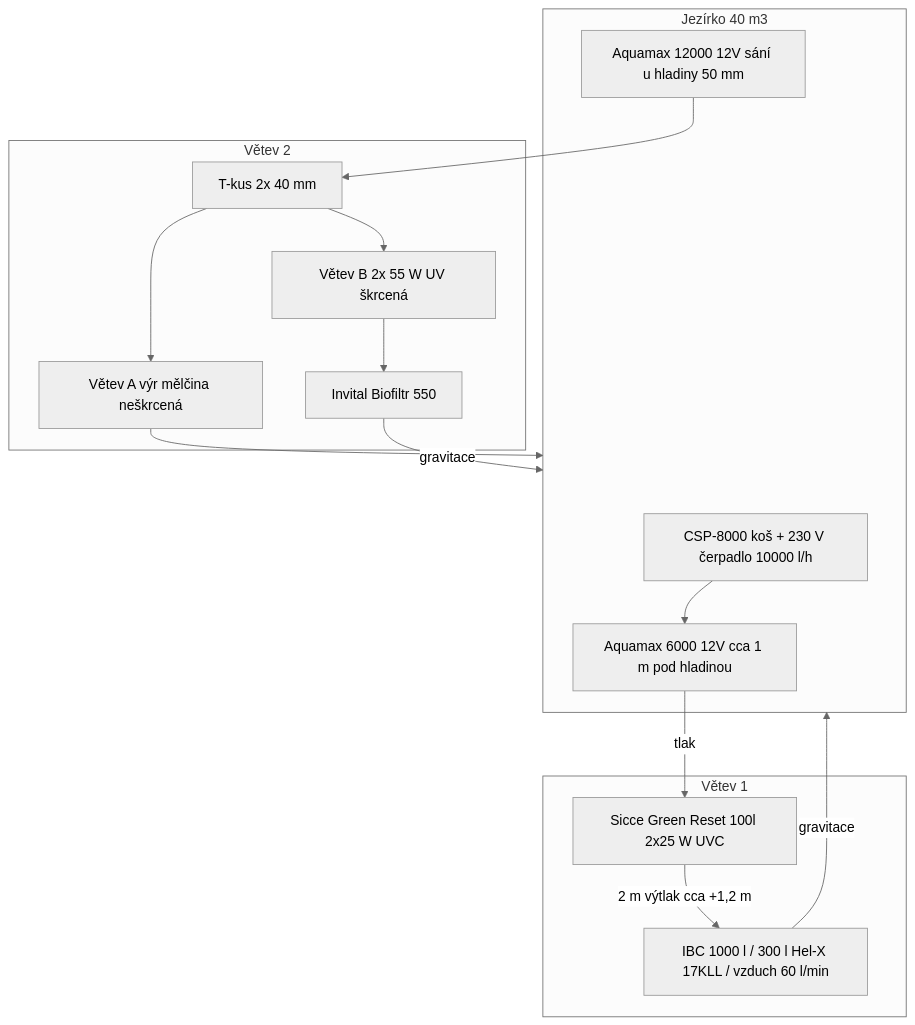
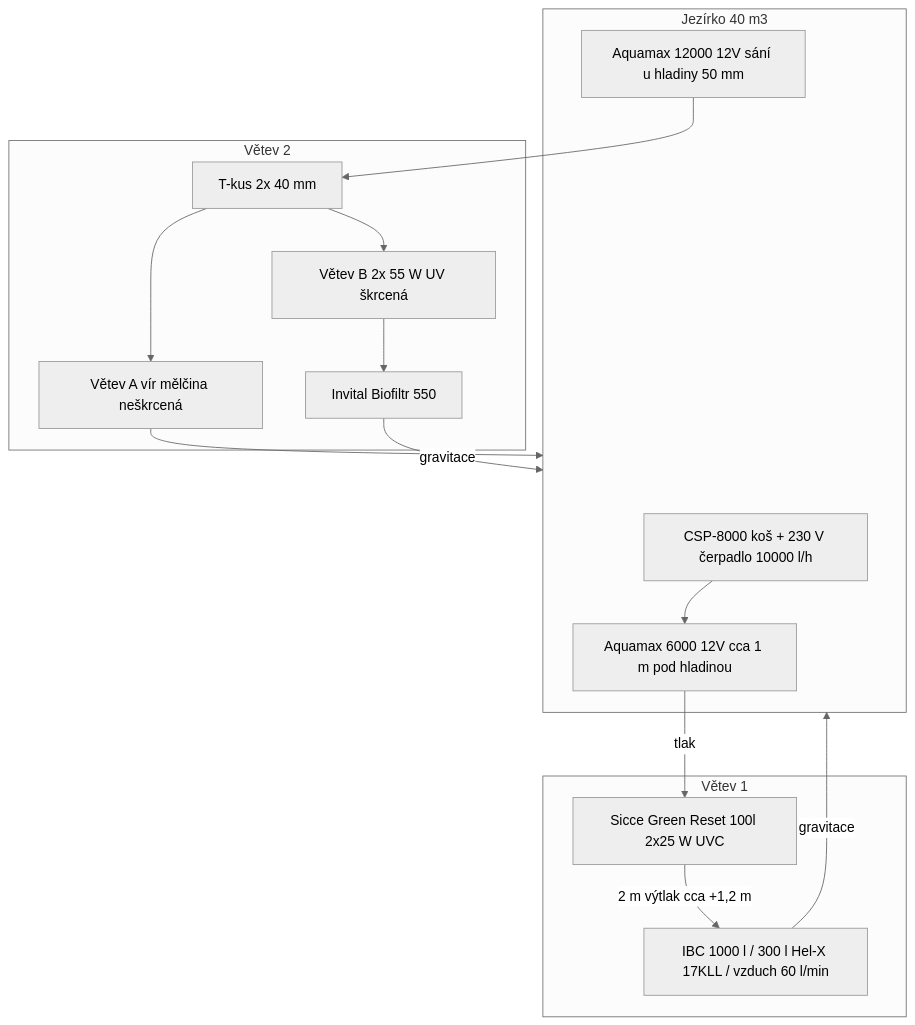
The diagram in zapojeni.md (fedurca/koi_koupaci_jezirko), drawn with Mermaid (neutral theme) before and after one commit. The commit also changed other lines of this file and 4 other files, not shown here.

````diff
--- a/zapojeni.md
+++ b/zapojeni.md
@@ -29,32 +29,32 @@
 ```mermaid
 flowchart TB
   subgraph pond [Jezírko 40 m3]
     skim[CSP-8000 koš + 230 V čerpadlo 10000 l/h]
     p1[Aquamax 6000 12V cca 1 m pod hladinou]
     p2[Aquamax 12000 12V sání u hladiny 50 mm]
   end
 
   subgraph v1 [Větev 1]
     gr[Sicce Green Reset 100l 2x25 W UVC]
     ibc[IBC 1000 l / 300 l Hel-X 17KLL / vzduch 60 l/min]
   end
 
   subgraph v2 [Větev 2]
     t[T-kus 2x 40 mm]
-    wp[Větev A výr mělčina neškrcená]
+    wp[Větev A vír mělčina neškrcená]
     uv[Větev B 2x 55 W UV škrcená]
     bio[Invital Biofiltr 550]
   end
 
   skim --> p1
   p1 -->|tlak| gr
   gr -->|2 m výtlak cca +1,2 m| ibc
   ibc -->|gravitace| pond
 
   p2 --> t
   t --> wp
   wp --> pond
   t --> uv
   uv --> bio
   bio -->|gravitace| pond
 ```
````
